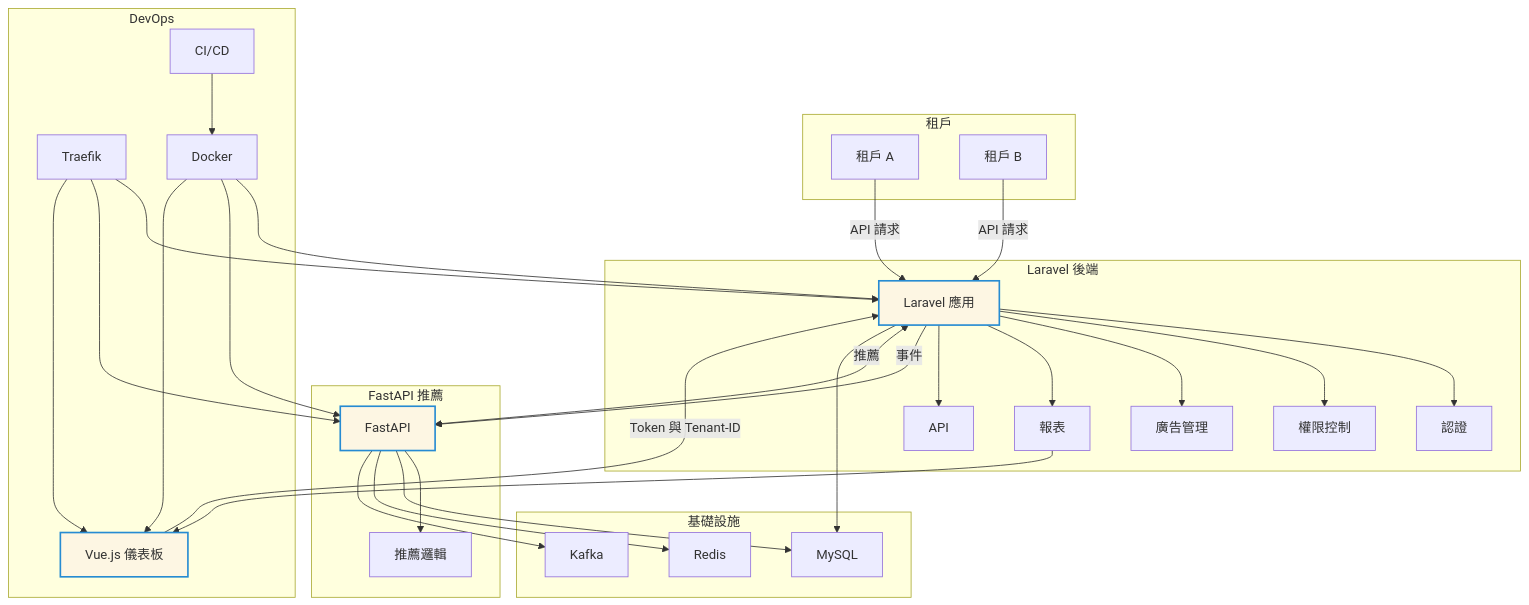
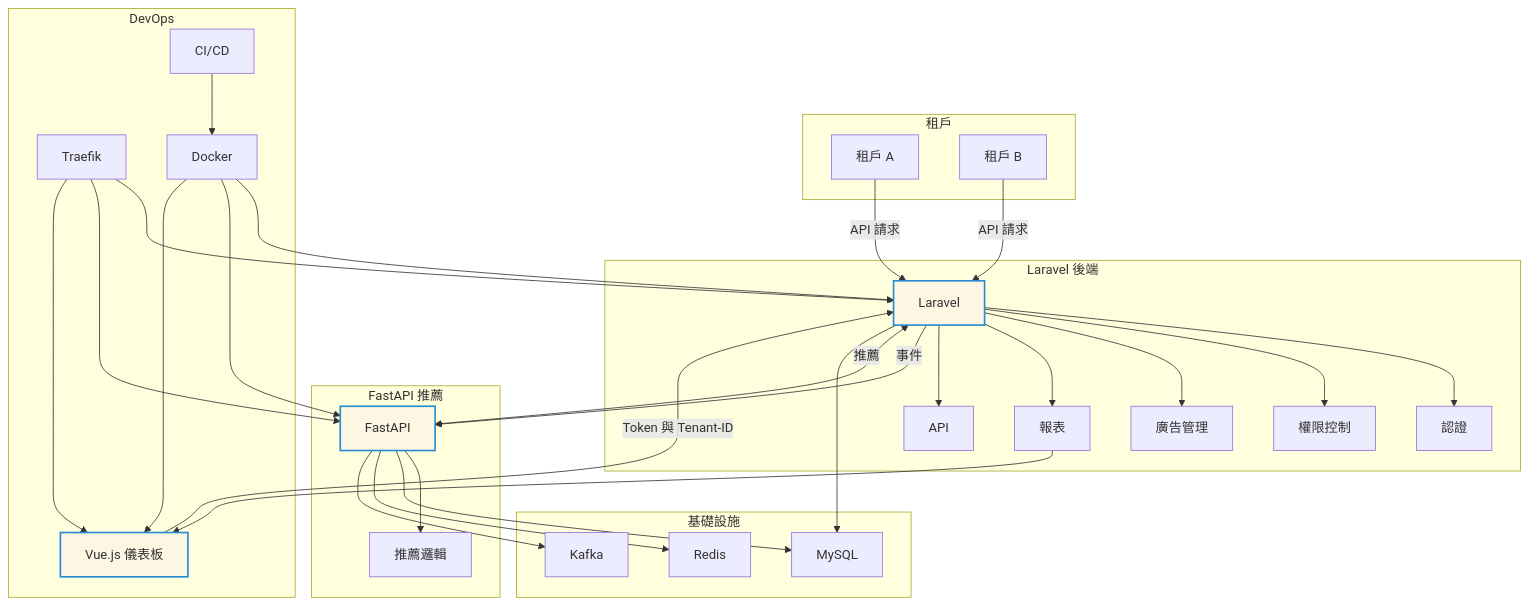
Before and after one commit to BpsEason/ad-platform: the diagram in README.md, drawn with Mermaid. The commit also changed other lines of this file, not shown here.

````diff
--- a/README.md
+++ b/README.md
@@ -147,63 +130,62 @@
 ```mermaid
 graph TD
   subgraph 租戶
     TenantA[租戶 A]
     TenantB[租戶 B]
   end
 
   TenantA -->|API 請求| Laravel
   TenantB -->|API 請求| Laravel
 
   subgraph Laravel 後端
-    Laravel[Laravel 應用]
+    Laravel[Laravel]
     Auth[認證]
     RBAC[權限控制]
     Ads[廣告管理]
     Reports[報表]
     APIs[API]
     Laravel --> Auth
     Laravel --> RBAC
     Laravel --> Ads
     Laravel --> Reports
     Laravel --> APIs
   end
 
   Laravel -->|事件| FastAPI
   Laravel <-->|推薦| FastAPI
 
   subgraph FastAPI 推薦
     FastAPI[FastAPI]
     CF[推薦邏輯]
     FastAPI --> CF
   end
 
   Reports --> Dashboard[Vue.js 儀表板]
   Dashboard -->|Token 與 Tenant-ID| Laravel
 
   subgraph 基礎設施
     MySQL[MySQL]
     Redis[Redis]
     Kafka[Kafka]
     Laravel --> MySQL
     FastAPI --> MySQL
     FastAPI --> Redis
     FastAPI --> Kafka
   end
 
   subgraph DevOps
     Traefik[Traefik]
     Docker[Docker]
     CI[CI/CD]
     Traefik --> Laravel
     Traefik --> FastAPI
     Traefik --> Dashboard
     Docker --> Laravel
     Docker --> FastAPI
     Docker --> Dashboard
     CI --> Docker
   end
 
   classDef highlight fill:#fdf6e3,stroke:#268bd2,stroke-width:2px
   class Laravel,FastAPI,Dashboard highlight
-
 ```
````
